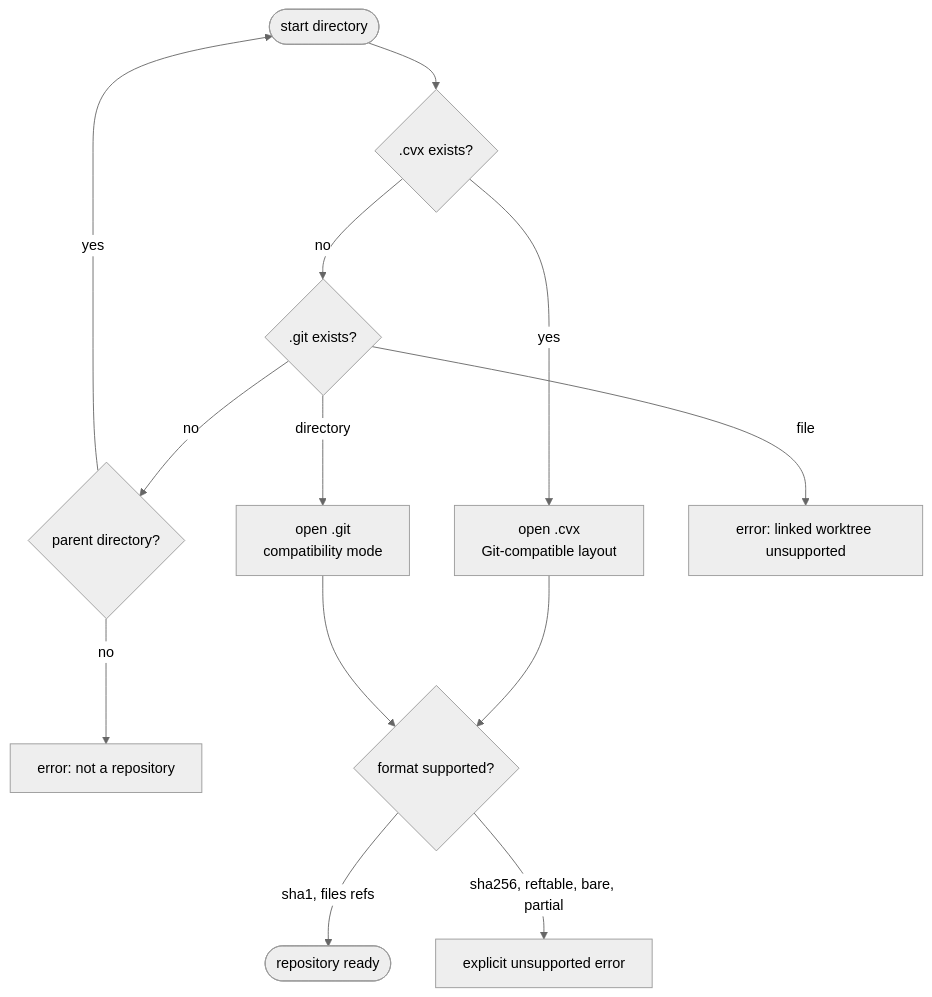
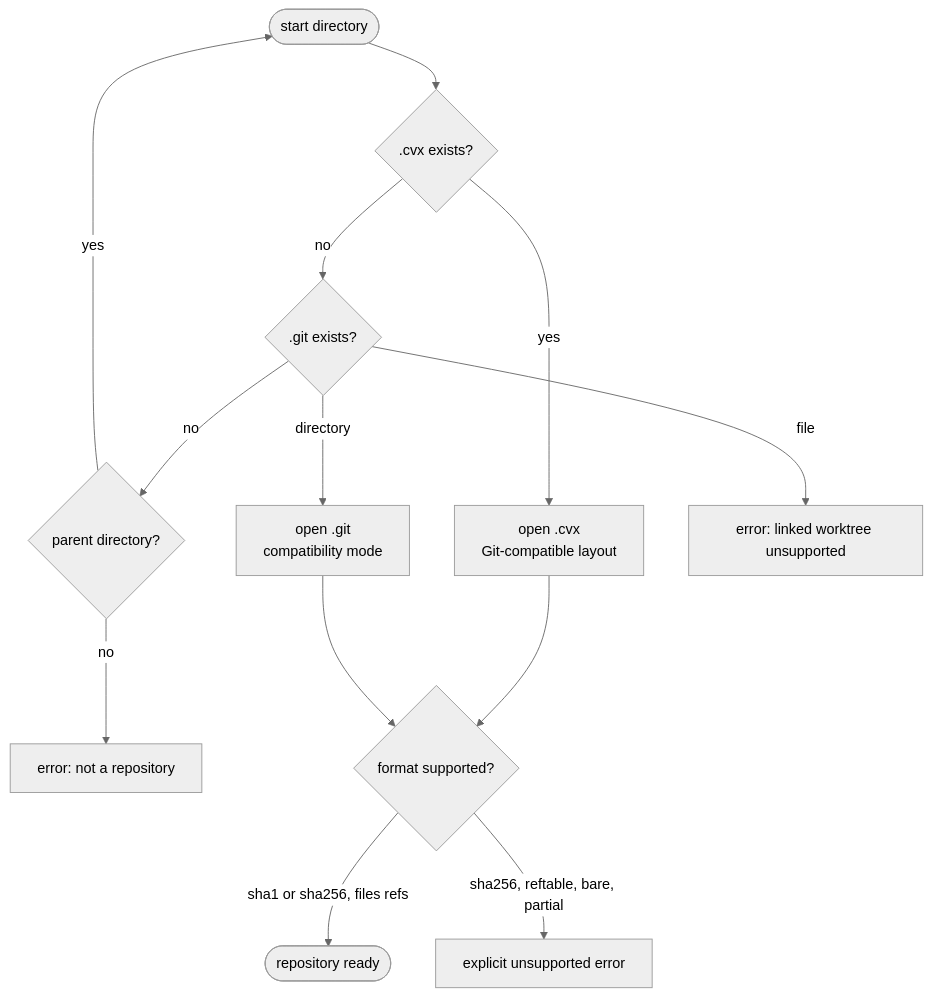
Before and after one commit to marcosgabrielgomes110-collab/cvx: the third of 9 diagrams in docs/architecture.md, drawn with Mermaid (neutral theme). The commit also changed 44 other files, not shown here.

````diff
--- a/docs/architecture.md
+++ b/docs/architecture.md
@@ -123,16 +123,16 @@
 ```mermaid
 flowchart TD
     Start(["start directory"]) --> Cvx{".cvx exists?"}
     Cvx -->|yes| OpenCvx["open .cvx<br/>Git-compatible layout"]
     Cvx -->|no| Git{".git exists?"}
     Git -->|no| Parent{parent directory?}
     Parent -->|yes| Start
     Parent -->|no| NotFound["error: not a repository"]
 
     Git -->|directory| OpenGit["open .git<br/>compatibility mode"]
     Git -->|file| Linked["error: linked worktree unsupported"]
     OpenCvx --> Format{"format supported?"}
     OpenGit --> Format
-    Format -->|sha1, files refs| Ready(["repository ready"])
+    Format -->|sha1 or sha256, files refs| Ready(["repository ready"])
     Format -->|sha256, reftable, bare, partial| Unsupported["explicit unsupported error"]
 ```
````
